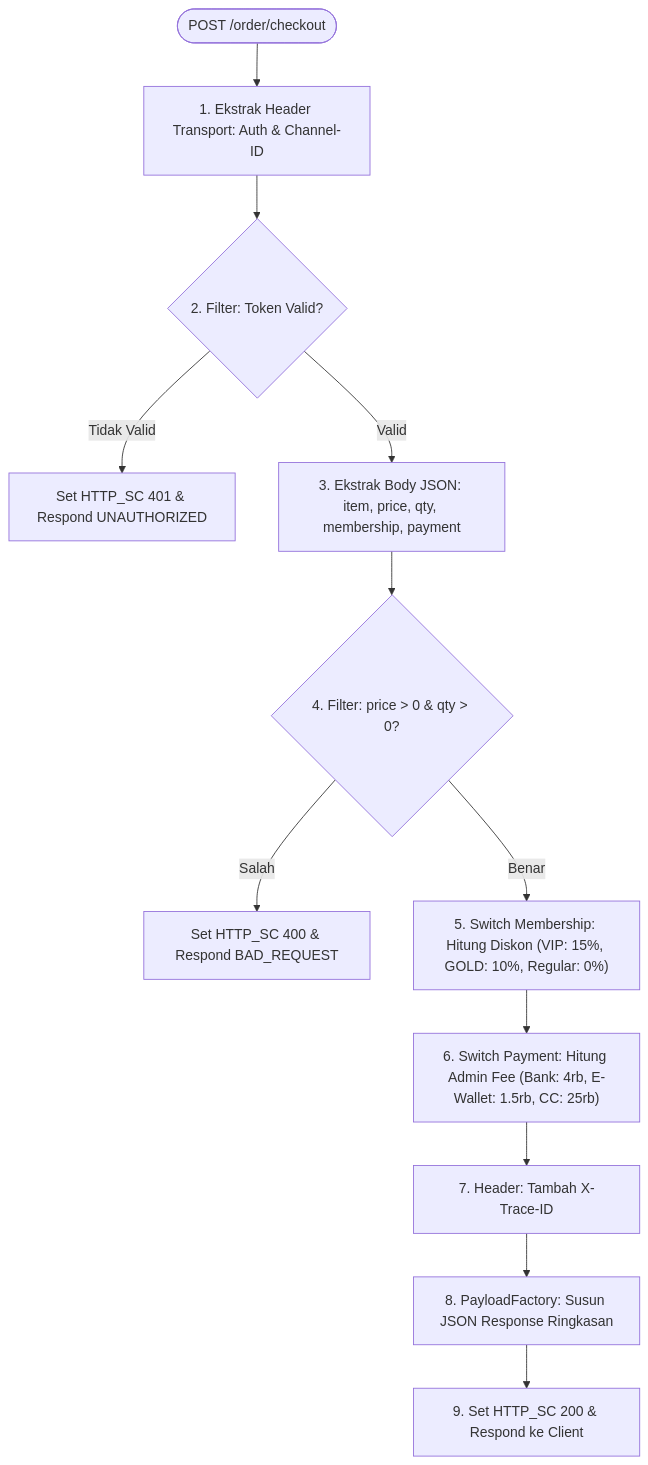
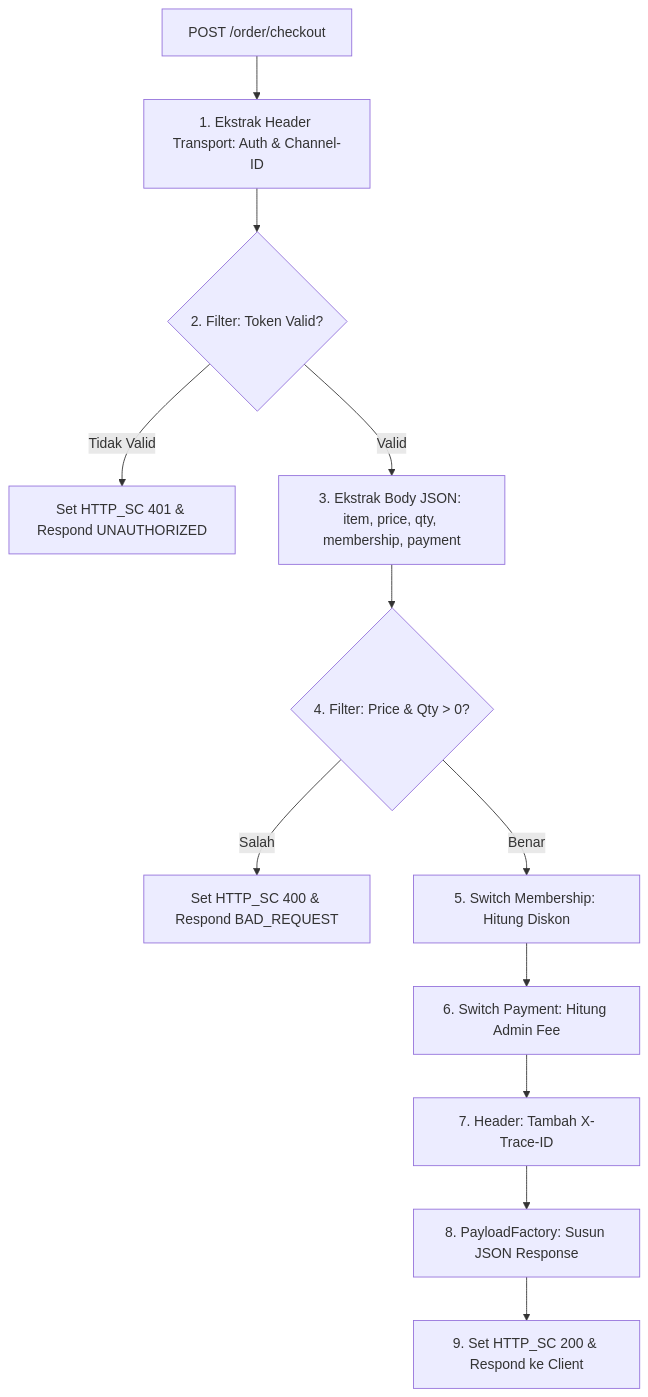
Before and after one commit to jovancamorris/assa-learn-tech: the second of 2 diagrams in materi/wso2/02_core_mediators.md, drawn with Mermaid. The commit also changed other lines of this file and 11 other files, not shown here.

````diff
--- a/materi/wso2/02_core_mediators.md
+++ b/materi/wso2/02_core_mediators.md
@@ -255,14 +255,14 @@
 ```mermaid
 flowchart TD
-    Start([POST /order/checkout]) --> H1[1. Ekstrak Header Transport: Auth & Channel-ID]
-    H1 --> F1{2. Filter: Token Valid?}
-    F1 -- Tidak Valid --> R401["Set HTTP_SC 401 & Respond UNAUTHORIZED"]
-    F1 -- Valid --> P1[3. Ekstrak Body JSON: item, price, qty, membership, payment]
-    P1 --> F2{"4. Filter: price > 0 & qty > 0?"}
-    F2 -- Salah --> R400["Set HTTP_SC 400 & Respond BAD_REQUEST"]
-    F2 -- Benar --> S1["5. Switch Membership: Hitung Diskon (VIP: 15%, GOLD: 10%, Regular: 0%)"]
-    S1 --> S2["6. Switch Payment: Hitung Admin Fee (Bank: 4rb, E-Wallet: 1.5rb, CC: 25rb)"]
+    Start["POST /order/checkout"] --> H1["1. Ekstrak Header Transport: Auth & Channel-ID"]
+    H1 --> F1{"2. Filter: Token Valid?"}
+    F1 -- "Tidak Valid" --> R401["Set HTTP_SC 401 & Respond UNAUTHORIZED"]
+    F1 -- "Valid" --> P1["3. Ekstrak Body JSON: item, price, qty, membership, payment"]
+    P1 --> F2{"4. Filter: Price & Qty > 0?"}
+    F2 -- "Salah" --> R400["Set HTTP_SC 400 & Respond BAD_REQUEST"]
+    F2 -- "Benar" --> S1["5. Switch Membership: Hitung Diskon"]
+    S1 --> S2["6. Switch Payment: Hitung Admin Fee"]
     S2 --> H2["7. Header: Tambah X-Trace-ID"]
-    H2 --> PF["8. PayloadFactory: Susun JSON Response Ringkasan"]
+    H2 --> PF["8. PayloadFactory: Susun JSON Response"]
     PF --> R200["9. Set HTTP_SC 200 & Respond ke Client"]
 ```
````
